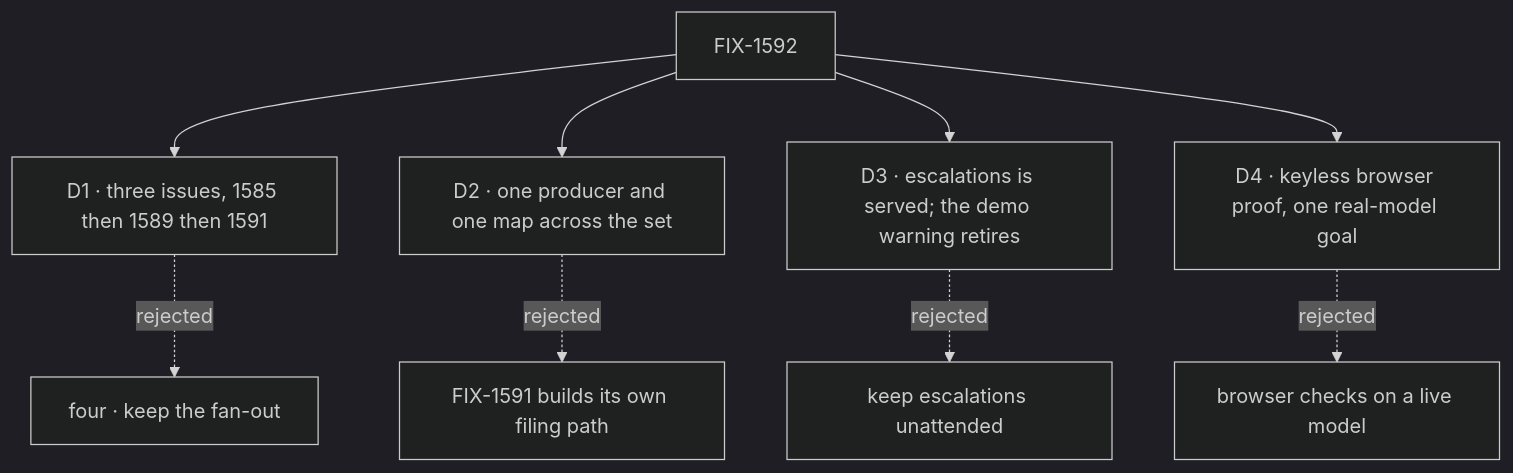
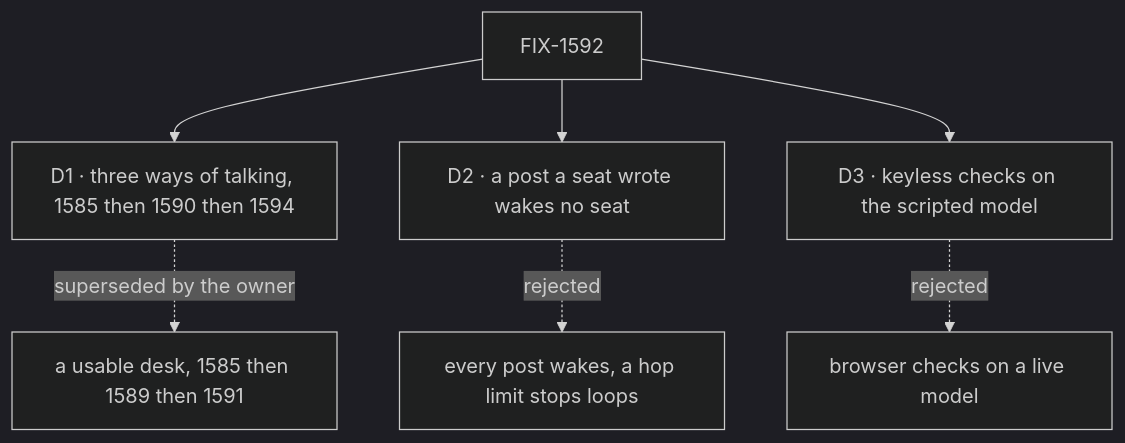
Before and after one commit to fixpoint-labs/flow-state-dev: the diagram in specs/epics/FIX-1592/DECISIONS.md, drawn with Mermaid (dark theme). The commit also changed other lines of this file and 8 other files, not shown here.

First line of the commit message:
spec(epic): re-scope FIX-1592 to the three ways of talking

````diff
--- a/specs/epics/FIX-1592/DECISIONS.md
+++ b/specs/epics/FIX-1592/DECISIONS.md
@@ -12,11 +10,9 @@
 ```mermaid
 flowchart TD
-  E["FIX-1592"] --> D1["D1 · three issues, 1585 then 1589 then 1591"]
-  D1 -.->|"rejected"| X1["four · keep the fan-out"]
-  E --> D2["D2 · one producer and one map across the set"]
-  D2 -.->|"rejected"| X2["FIX-1591 builds its own filing path"]
-  E --> D3["D3 · escalations is served; the demo warning retires"]
-  D3 -.->|"rejected"| X3["keep escalations unattended"]
-  E --> D4["D4 · keyless browser proof, one real-model goal"]
-  D4 -.->|"rejected"| X4["browser checks on a live model"]
+  E["FIX-1592"] --> D1["D1 · three ways of talking, 1585 then 1590 then 1594"]
+  D1 -.->|"superseded by the owner"| X1["a usable desk, 1585 then 1589 then 1591"]
+  E --> D2["D2 · a post a seat wrote wakes no seat"]
+  D2 -.->|"rejected"| X2["every post wakes, a hop limit stops loops"]
+  E --> D3["D3 · keyless checks on the scripted model"]
+  D3 -.->|"rejected"| X3["browser checks on a live model"]
 ```
````
